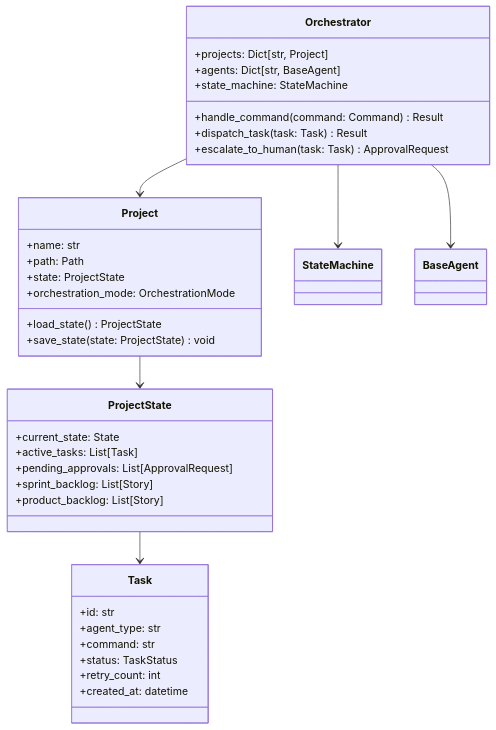
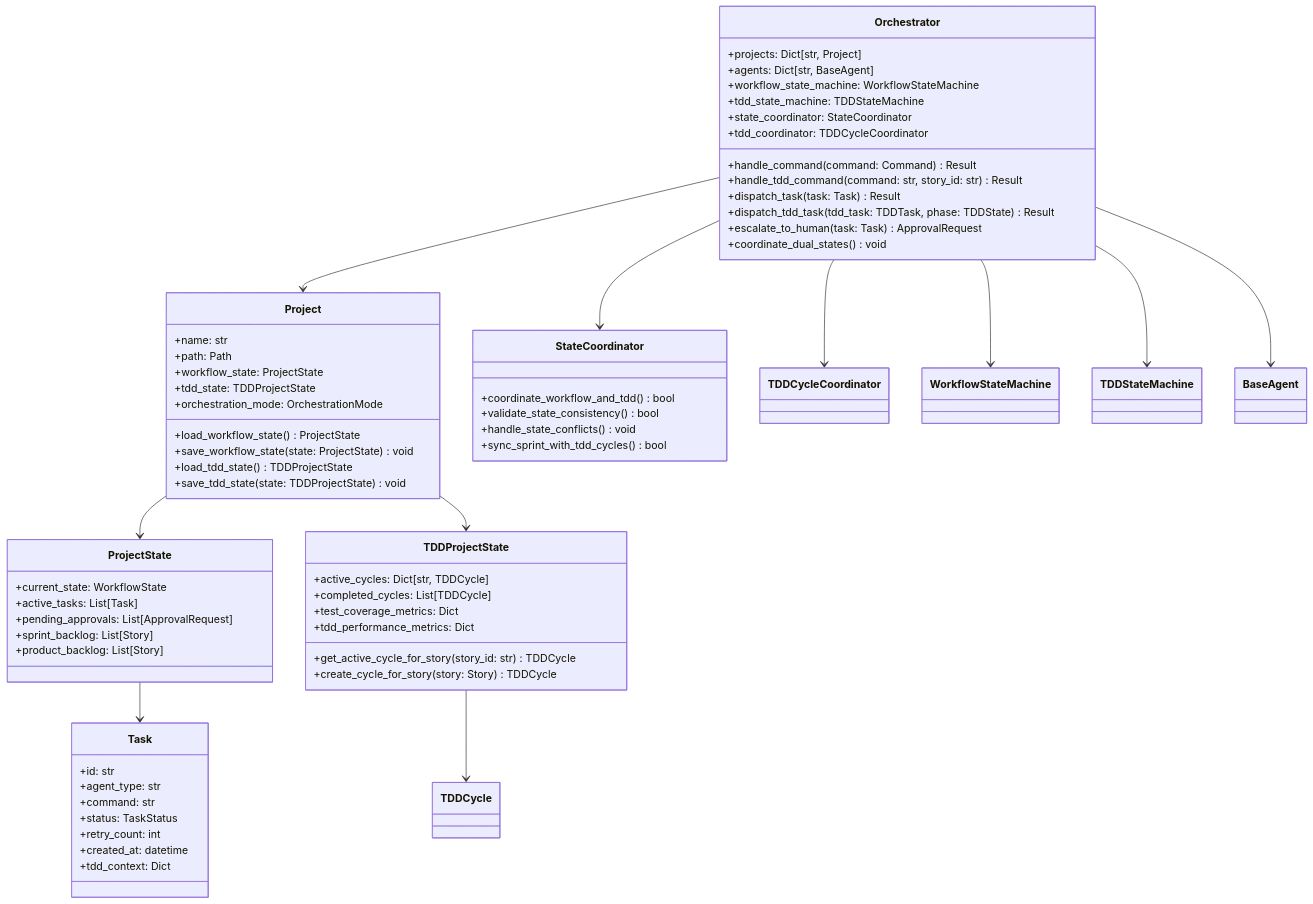
Before and after one commit to jmontp/agent-workflow: the sixth of 7 diagrams in docs_src/advanced/code.md, drawn with Mermaid. The commit also changed other lines of this file and 9 other files, not shown here.

First line of the commit message:
Update advanced documentation for dual state machine architecture with TDD integration

````diff
--- a/docs_src/advanced/code.md
+++ b/docs_src/advanced/code.md
@@ -84,43 +257,74 @@
 ```mermaid
 classDiagram
     class Orchestrator {
         +projects: Dict[str, Project]
         +agents: Dict[str, BaseAgent]
-        +state_machine: StateMachine
+        +workflow_state_machine: WorkflowStateMachine
+        +tdd_state_machine: TDDStateMachine
+        +state_coordinator: StateCoordinator
+        +tdd_coordinator: TDDCycleCoordinator
         +handle_command(command: Command) Result
+        +handle_tdd_command(command: str, story_id: str) Result
         +dispatch_task(task: Task) Result
+        +dispatch_tdd_task(tdd_task: TDDTask, phase: TDDState) Result
         +escalate_to_human(task: Task) ApprovalRequest
+        +coordinate_dual_states() void
     }
     
     class Project {
         +name: str
         +path: Path
-        +state: ProjectState
+        +workflow_state: ProjectState
+        +tdd_state: TDDProjectState
         +orchestration_mode: OrchestrationMode
-        +load_state() ProjectState
-        +save_state(state: ProjectState) void
+        +load_workflow_state() ProjectState
+        +save_workflow_state(state: ProjectState) void
+        +load_tdd_state() TDDProjectState
+        +save_tdd_state(state: TDDProjectState) void
     }
     
     class ProjectState {
-        +current_state: State
+        +current_state: WorkflowState
         +active_tasks: List[Task]
         +pending_approvals: List[ApprovalRequest]
         +sprint_backlog: List[Story]
         +product_backlog: List[Story]
+    }
+    
+    class TDDProjectState {
+        +active_cycles: Dict[str, TDDCycle]
+        +completed_cycles: List[TDDCycle]
+        +test_coverage_metrics: Dict
+        +tdd_performance_metrics: Dict
+        +get_active_cycle_for_story(story_id: str) TDDCycle
+        +create_cycle_for_story(story: Story) TDDCycle
+    }
+    
+    class StateCoordinator {
+        +coordinate_workflow_and_tdd() bool
+        +validate_state_consistency() bool
+        +handle_state_conflicts() void
+        +sync_sprint_with_tdd_cycles() bool
     }
     
     class Task {
         +id: str
         +agent_type: str
         +command: str
         +status: TaskStatus
         +retry_count: int
         +created_at: datetime
+        +tdd_context: Dict
     }
     
     Orchestrator --> Project
+    Orchestrator --> StateCoordinator
+    Orchestrator --> TDDCycleCoordinator
     Project --> ProjectState
+    Project --> TDDProjectState
     ProjectState --> Task
-    Orchestrator --> StateMachine
+    TDDProjectState --> TDDCycle
+    Orchestrator --> WorkflowStateMachine
+    Orchestrator --> TDDStateMachine
     Orchestrator --> BaseAgent
 ```
````
